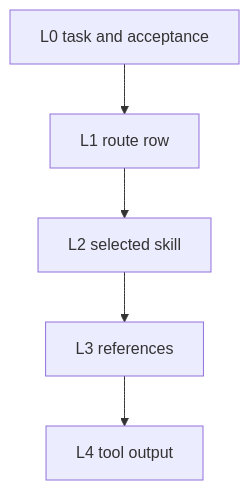
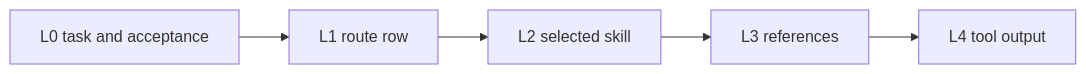
Before and after one commit to mahik504/orchestra-workflow: the tenth of 10 diagrams in README.md, drawn with Mermaid. The commit also changed other lines of this file and 416 other files, not shown here.

````diff
--- a/README.md
+++ b/README.md
@@ -83,9 +164,7 @@
 ```mermaid
-flowchart TB
-  l0[L0 task and acceptance]
-  l1[L1 route row]
-  l2[L2 selected skill]
-  l3[L3 references]
-  l4[L4 tool output]
-  l0 --> l1 --> l2 --> l3 --> l4
+flowchart LR
+  l0[L0 task and acceptance] --> l1[L1 route row]
+  l1 --> l2[L2 selected skill]
+  l2 --> l3[L3 references]
+  l3 --> l4[L4 tool output]
 ```
````
